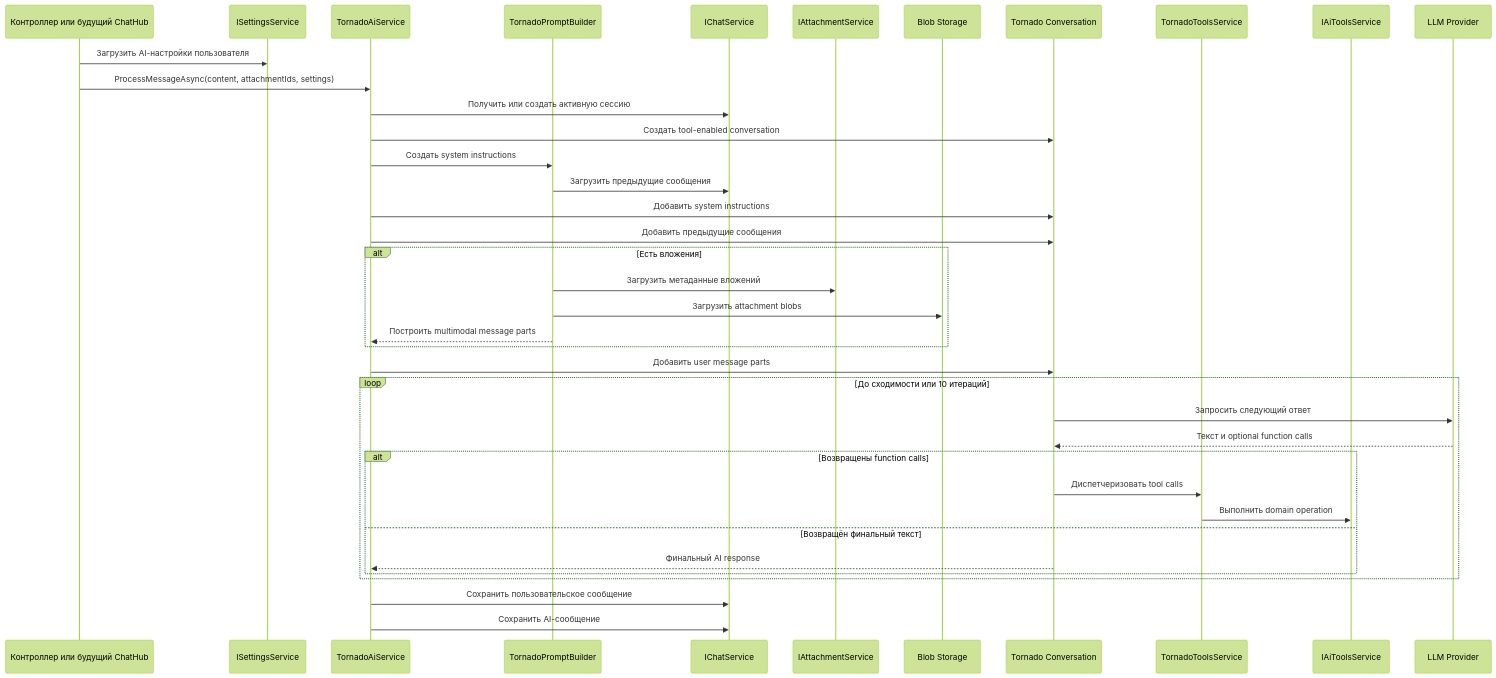
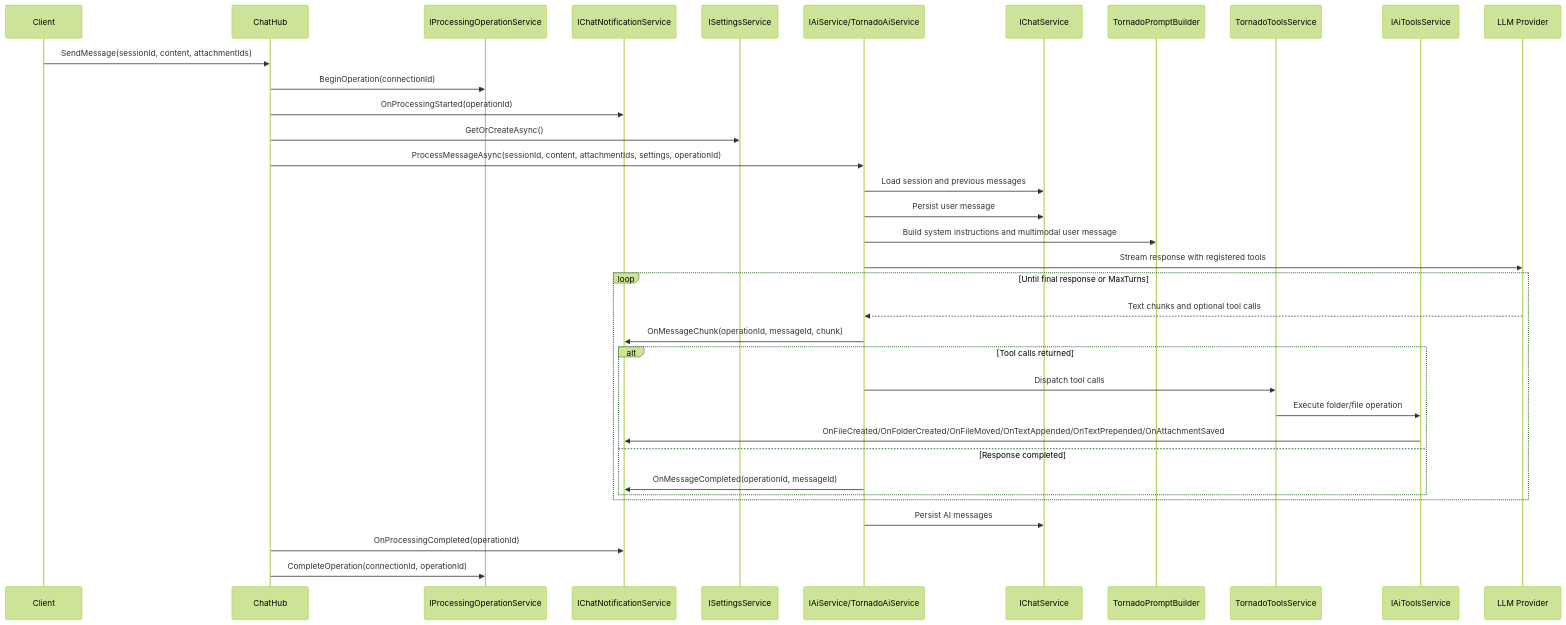
One commit to BarminGeorge/ShuKnow changed the first of 2 diagrams in docs/API_ARCHITECTURE.md. Above: the diagram before and after it, drawn with Mermaid (forest theme). The commit also changed other lines of this file and 7 other files, not shown here.

````diff
--- a/docs/API_ARCHITECTURE.md
+++ b/docs/API_ARCHITECTURE.md
@@ -35,45 +25,40 @@
 ```mermaid
 sequenceDiagram
-    participant Caller as Контроллер или будущий ChatHub
+    participant Client
+    participant Hub as ChatHub
+    participant Ops as IProcessingOperationService
+    participant Notify as IChatNotificationService
     participant Settings as ISettingsService
-    participant AI as TornadoAiService
+    participant AI as IAiService/TornadoAiService
+    participant Chat as IChatService
     participant Prompt as TornadoPromptBuilder
-    participant Chat as IChatService
-    participant Attach as IAttachmentService
-    participant Blob as Blob Storage
-    participant Conv as Tornado Conversation
     participant Tools as TornadoToolsService
     participant ToolPort as IAiToolsService
     participant LLM as LLM Provider
 
-    Caller->>Settings: Загрузить AI-настройки пользователя
-    Caller->>AI: ProcessMessageAsync(content, attachmentIds, settings)
-    AI->>Chat: Получить или создать активную сессию
-    AI->>Conv: Создать tool-enabled conversation
-    AI->>Prompt: Создать system instructions
-    Prompt->>Chat: Загрузить предыдущие сообщения
-    AI->>Conv: Добавить system instructions
-    AI->>Conv: Добавить предыдущие сообщения
+    Client->>Hub: SendMessage(sessionId, content, attachmentIds)
+    Hub->>Ops: BeginOperation(connectionId)
+    Hub->>Notify: OnProcessingStarted(operationId)
+    Hub->>Settings: GetOrCreateAsync()
+    Hub->>AI: ProcessMessageAsync(sessionId, content, attachmentIds, settings, operationId)
+    AI->>Chat: Load session and previous messages
+    AI->>Chat: Persist user message
+    AI->>Prompt: Build system instructions and multimodal user message
+    AI->>LLM: Stream response with registered tools
 
-    alt Есть вложения
-        Prompt->>Attach: Загрузить метаданные вложений
-        Prompt->>Blob: Загрузить attachment blobs
-        Prompt-->>AI: Построить multimodal message parts
-    end
-
-    AI->>Conv: Добавить user message parts
-
-    loop До сходимости или 10 итераций
-        Conv->>LLM: Запросить следующий ответ
-        LLM-->>Conv: Текст и optional function calls
-        alt Возвращены function calls
-            Conv->>Tools: Диспетчеризовать tool calls
-            Tools->>ToolPort: Выполнить domain operation
-        else Возвращён финальный текст
-            Conv-->>AI: Финальный AI response
+    loop Until final response or MaxTurns
+        LLM-->>AI: Text chunks and optional tool calls
+        AI->>Notify: OnMessageChunk(operationId, messageId, chunk)
+        alt Tool calls returned
+            AI->>Tools: Dispatch tool calls
+            Tools->>ToolPort: Execute folder/file operation
+            ToolPort->>Notify: OnFileCreated/OnFolderCreated/OnFileMoved/OnTextAppended/OnTextPrepended/OnAttachmentSaved
+        else Response completed
+            AI->>Notify: OnMessageCompleted(operationId, messageId)
         end
     end
 
-    AI->>Chat: Сохранить пользовательское сообщение
-    AI->>Chat: Сохранить AI-сообщение
+    AI->>Chat: Persist AI messages
+    Hub->>Notify: OnProcessingCompleted(operationId)
+    Hub->>Ops: CompleteOperation(connectionId, operationId)
 ```
````
